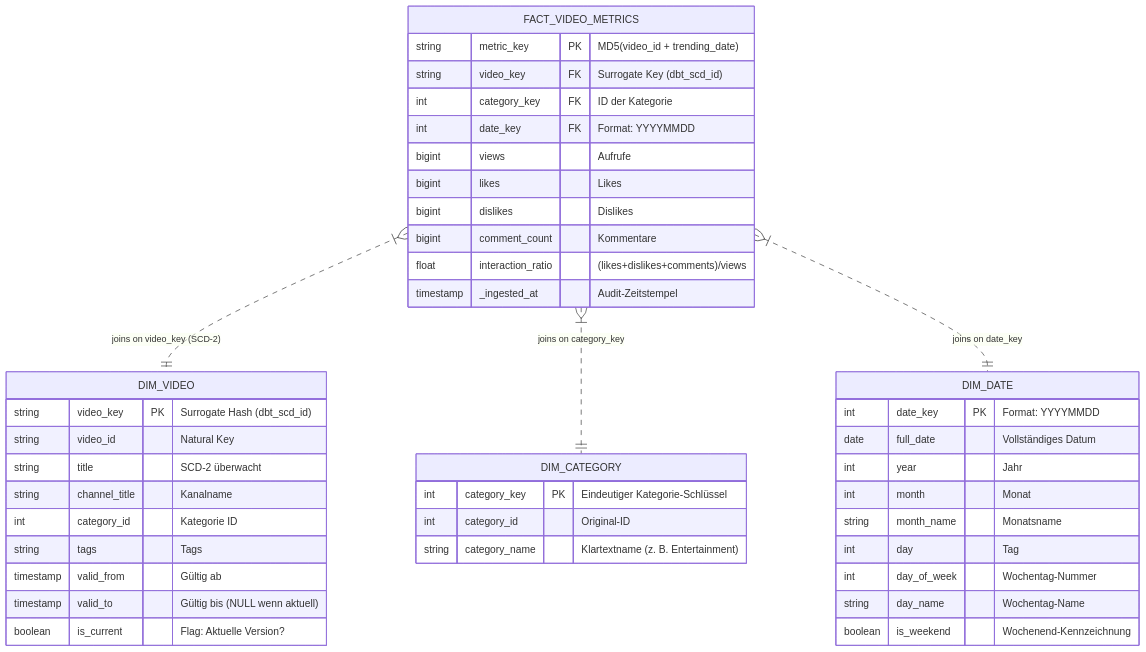
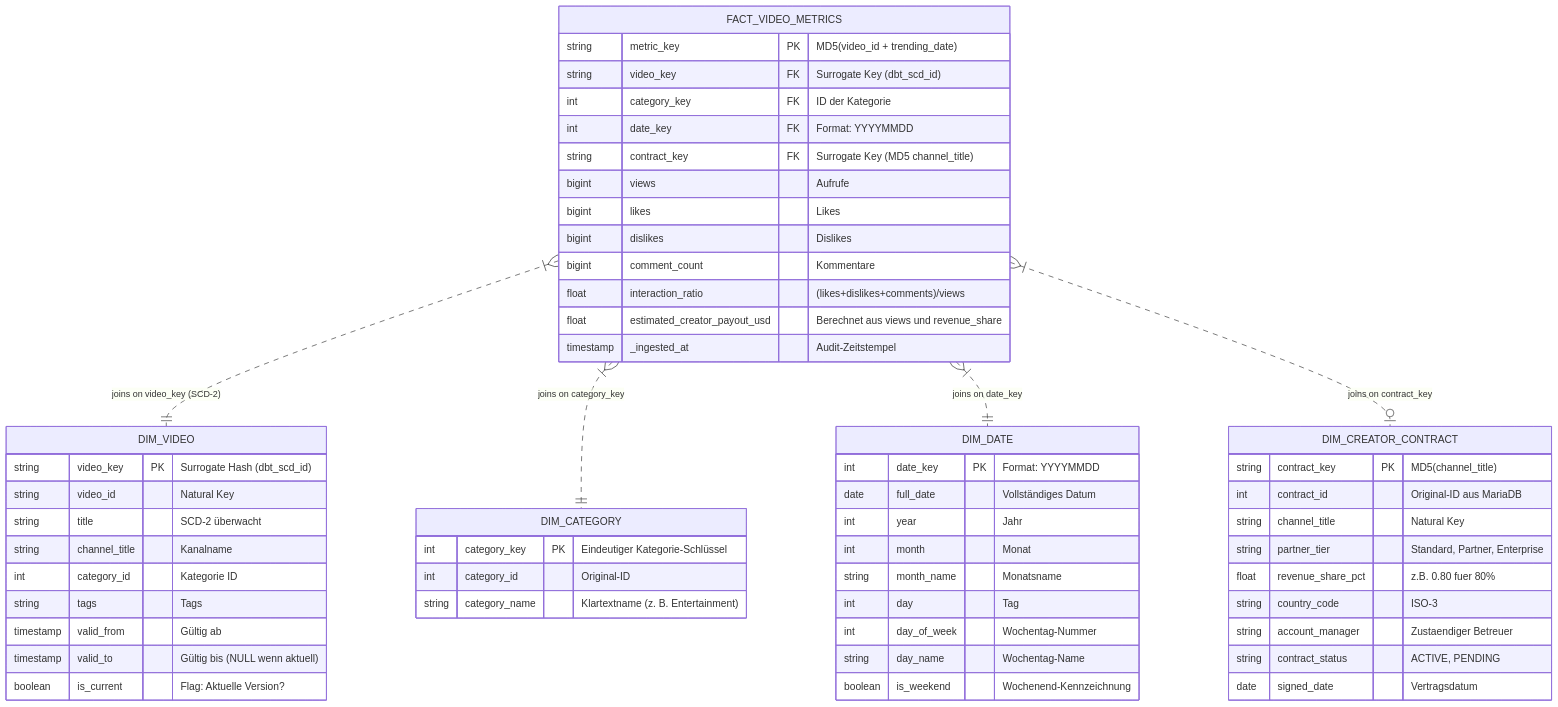
The second of 2 diagrams in README.md (BHW80/DE_Capstone_2026), drawn with Mermaid before and after one commit. The commit also changed other lines of this file and 7 other files, not shown here.

````diff
--- a/README.md
+++ b/README.md
@@ -172,49 +194,64 @@
 ```mermaid
 erDiagram
     FACT_VIDEO_METRICS }|..|| DIM_VIDEO : "joins on video_key (SCD-2)"
     FACT_VIDEO_METRICS }|..|| DIM_CATEGORY : "joins on category_key"
     FACT_VIDEO_METRICS }|..|| DIM_DATE : "joins on date_key"
+    FACT_VIDEO_METRICS }|..o| DIM_CREATOR_CONTRACT : "joins on contract_key"
 
     FACT_VIDEO_METRICS {
         string metric_key PK "MD5(video_id + trending_date)"
         string video_key FK "Surrogate Key (dbt_scd_id)"
         int category_key FK "ID der Kategorie"
         int date_key FK "Format: YYYYMMDD"
+        string contract_key FK "Surrogate Key (MD5 channel_title)"
         bigint views "Aufrufe"
         bigint likes "Likes"
         bigint dislikes "Dislikes"
         bigint comment_count "Kommentare"
         float interaction_ratio "(likes+dislikes+comments)/views"
+        float estimated_creator_payout_usd "Berechnet aus views und revenue_share"
         timestamp _ingested_at "Audit-Zeitstempel"
+    }
+
+    DIM_CREATOR_CONTRACT {
+        string contract_key PK "MD5(channel_title)"
+        int contract_id "Original-ID aus MariaDB"
+        string channel_title "Natural Key"
+        string partner_tier "Standard, Partner, Enterprise"
+        float revenue_share_pct "z.B. 0.80 fuer 80%"
+        string country_code "ISO-3"
+        string account_manager "Zustaendiger Betreuer"
+        string contract_status "ACTIVE, PENDING"
+        date signed_date "Vertragsdatum"
     }
 
     DIM_VIDEO {
         string video_key PK "Surrogate Hash (dbt_scd_id)"
         string video_id "Natural Key"
         string title "SCD-2 überwacht"
         string channel_title "Kanalname"
         int category_id "Kategorie ID"
         string tags "Tags"
         timestamp valid_from "Gültig ab"
         timestamp valid_to "Gültig bis (NULL wenn aktuell)"
         boolean is_current "Flag: Aktuelle Version?"
     }
 
     DIM_CATEGORY {
         int category_key PK "Eindeutiger Kategorie-Schlüssel"
         int category_id "Original-ID"
         string category_name "Klartextname (z. B. Entertainment)"
     }
 
     DIM_DATE {
         int date_key PK "Format: YYYYMMDD"
         date full_date "Vollständiges Datum"
         int year "Jahr"
         int month "Monat"
         string month_name "Monatsname"
         int day "Tag"
         int day_of_week "Wochentag-Nummer"
         string day_name "Wochentag-Name"
         boolean is_weekend "Wochenend-Kennzeichnung"
     }
 ```
````
